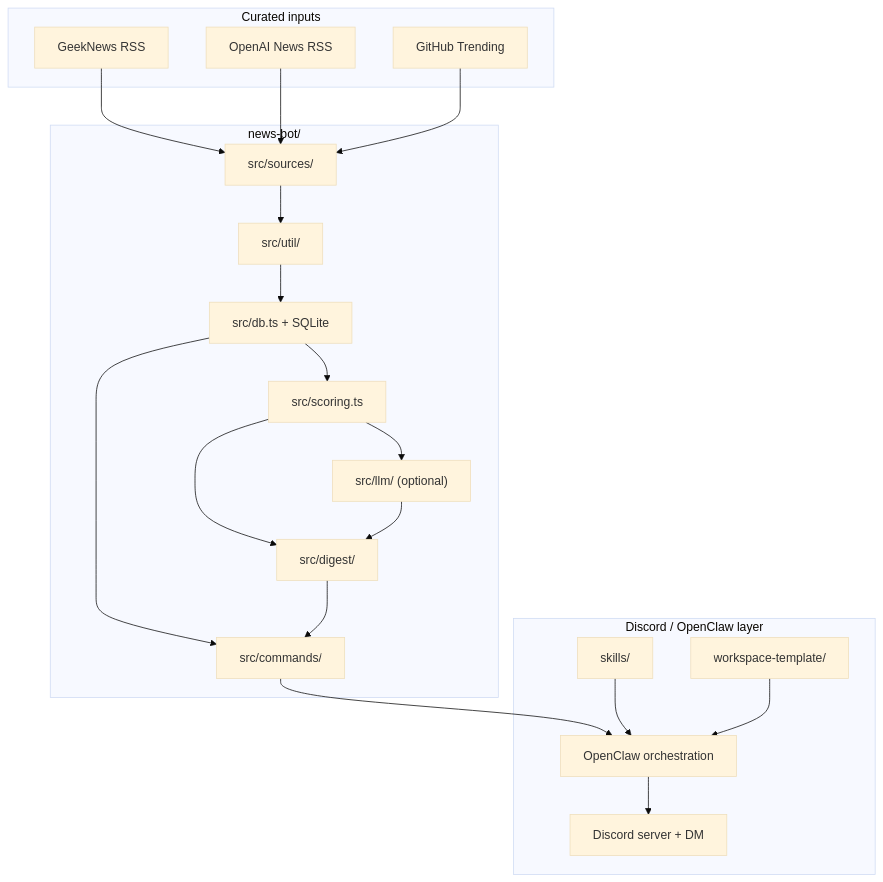
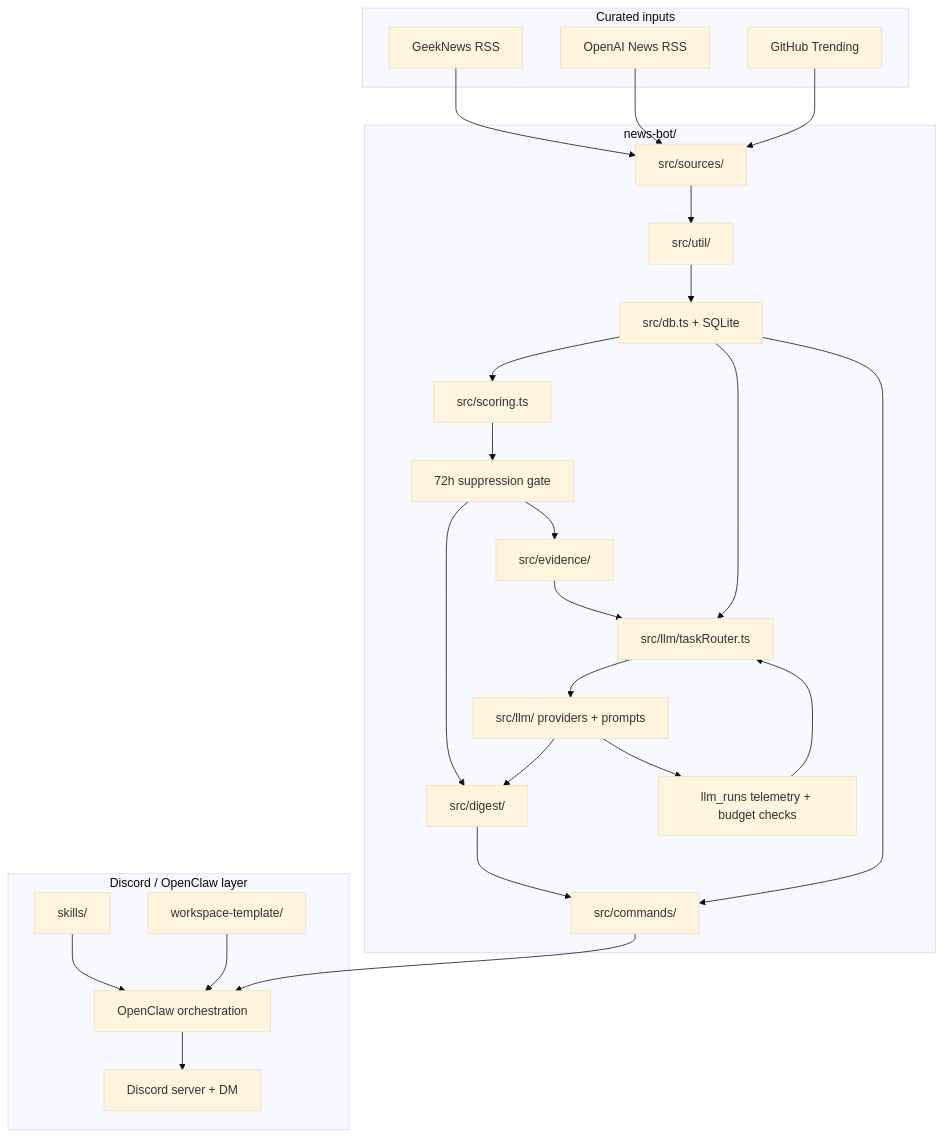
The second of 2 diagrams in README_KR.md (AstroHyo/opensec), drawn with Mermaid (base theme) before and after one commit. The commit also changed other lines of this file and 1 other file, not shown here.

Commit message:
Update README diagrams for suppression and tier routing

````diff
--- a/README_KR.md
+++ b/README_KR.md
@@ -71,41 +86,51 @@
 ```mermaid
 flowchart TB
     subgraph Sources["Curated inputs"]
         S1["GeekNews RSS"]
         S2["OpenAI News RSS"]
         S3["GitHub Trending"]
     end
 
     subgraph Engine["news-bot/"]
         SA["src/sources/"]
         U["src/util/"]
         DB["src/db.ts + SQLite"]
         SC["src/scoring.ts"]
+        SUP["72h suppression gate"]
+        EV["src/evidence/"]
         DG["src/digest/"]
         CM["src/commands/"]
-        LLM["src/llm/ (optional)"]
+        TR["src/llm/taskRouter.ts"]
+        LLM["src/llm/ providers + prompts"]
+        TL["llm_runs telemetry + budget checks"]
     end
 
     subgraph Control["Discord / OpenClaw layer"]
         SK["skills/"]
         WS["workspace-template/"]
         OC["OpenClaw orchestration"]
         DC["Discord server + DM"]
     end
 
     S1 --> SA
     S2 --> SA
     S3 --> SA
     SA --> U
     U --> DB
     DB --> SC
-    SC --> DG
-    SC --> LLM
+    SC --> SUP
+    SUP --> DG
+    SUP --> EV
+    EV --> TR
+    DB --> TR
+    TR --> LLM
     LLM --> DG
+    LLM --> TL
+    TL --> TR
     DB --> CM
     DG --> CM
     CM --> OC
     SK --> OC
     WS --> OC
     OC --> DC
 ```
````
